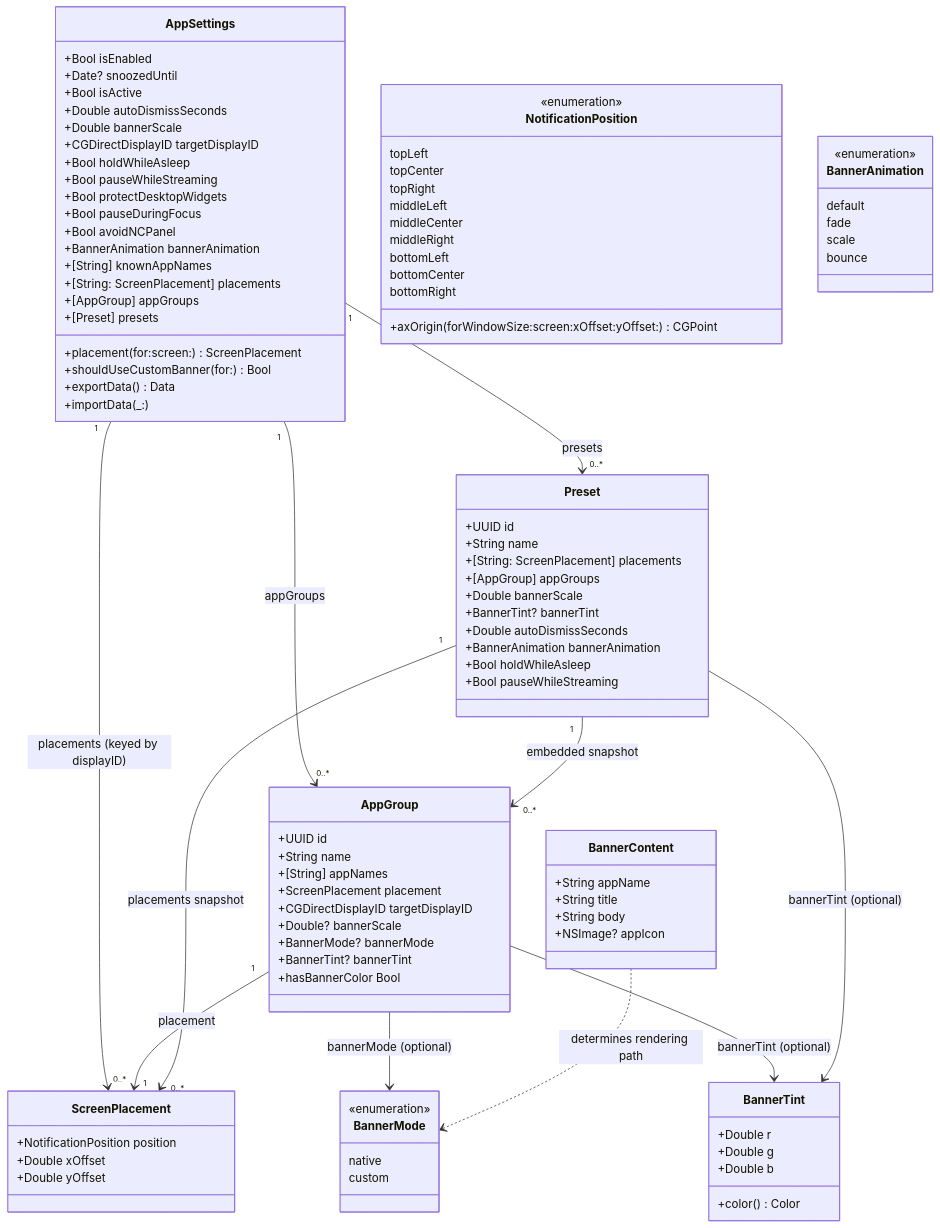
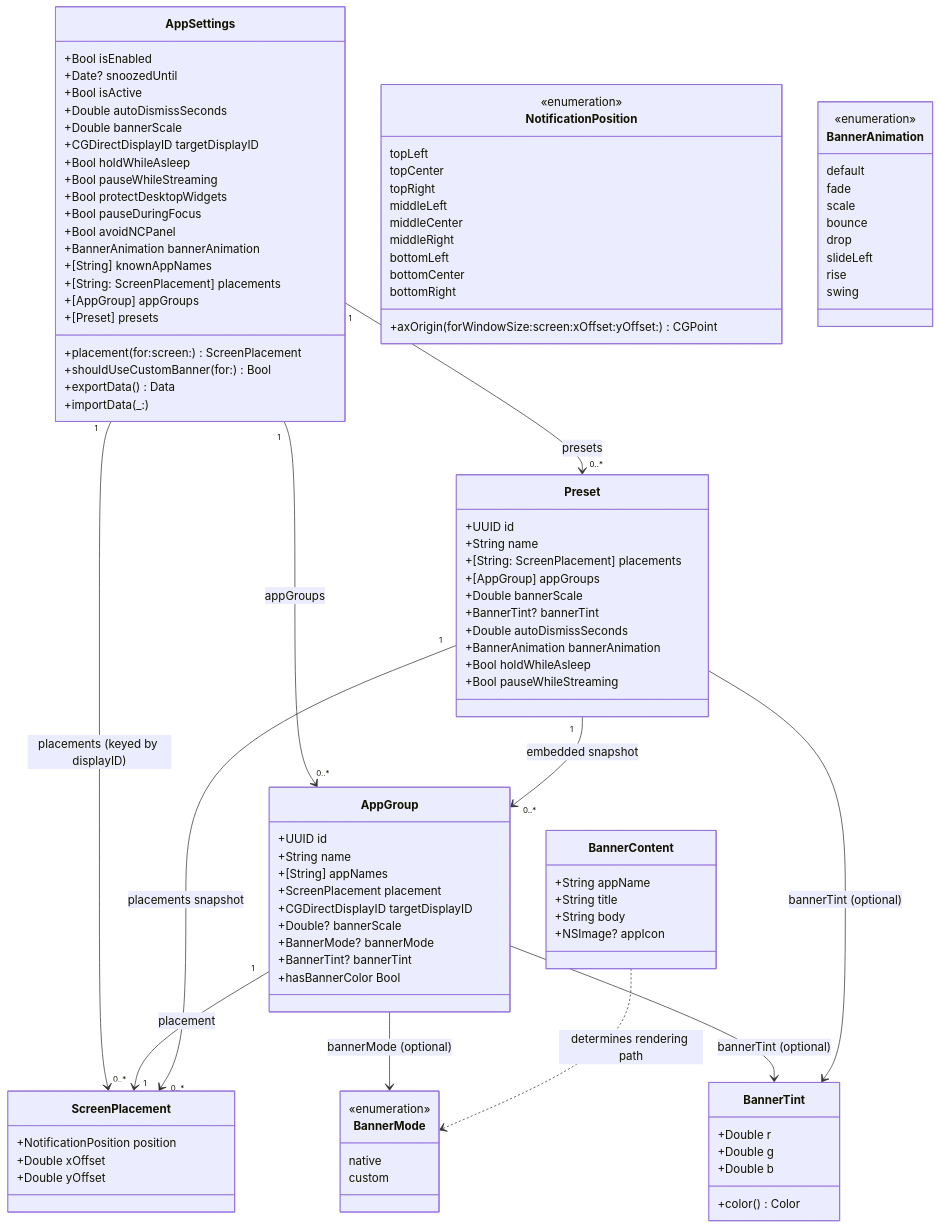
One commit to chessper53/NotificationNanny changed the third of 8 diagrams in docs/ARCHITECTURE.md. Above: the diagram before and after it, drawn with Mermaid. The commit also changed other lines of this file and 6 other files, not shown here.

```diff
--- a/docs/ARCHITECTURE.md
+++ b/docs/ARCHITECTURE.md
@@ -398,6 +403,10 @@
         fade
         scale
         bounce
+        drop
+        slideLeft
+        rise
+        swing
     }
 
     AppSettings "1" --> "0..*" AppGroup : appGroups
```
